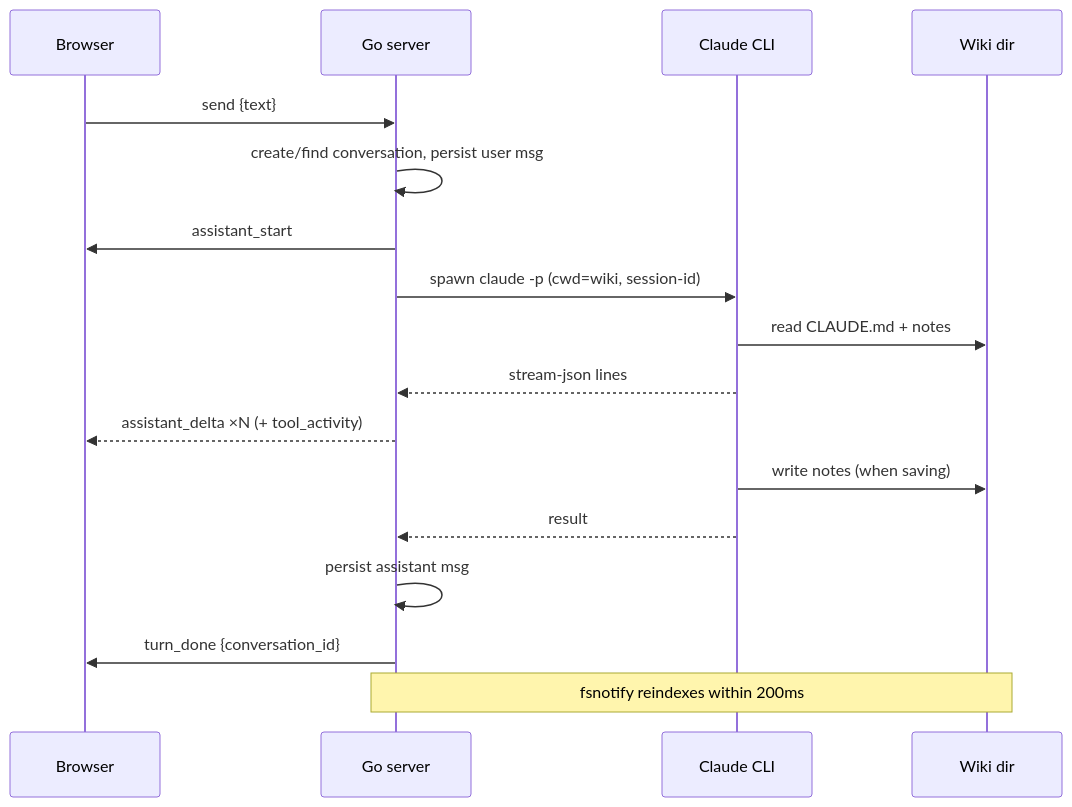
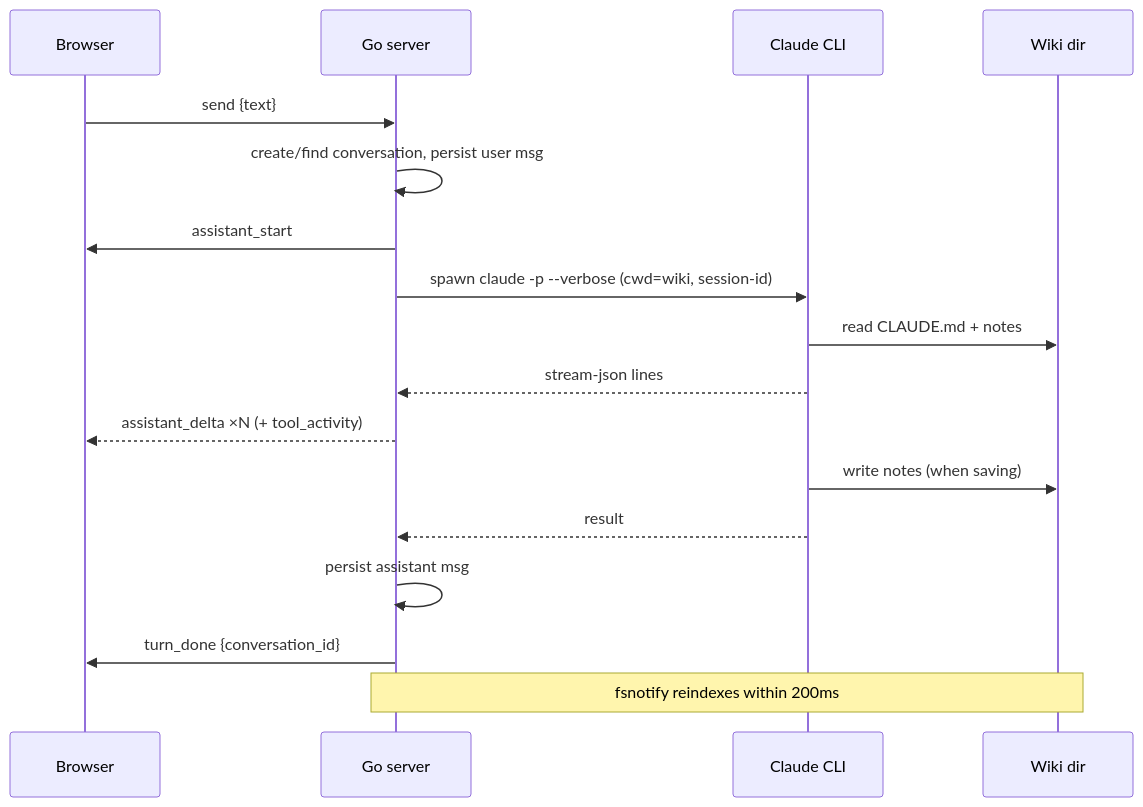
The diagram in docs/api.md (shiv-source/thoth), drawn with Mermaid before and after one commit. The commit also changed 8 other files, not shown here.

````diff
--- a/docs/api.md
+++ b/docs/api.md
@@ -32,20 +32,20 @@
 ```mermaid
 sequenceDiagram
     participant UI as Browser
     participant Go as Go server
     participant CC as Claude CLI
     participant W as Wiki dir
 
     UI->>Go: send {text}
     Go->>Go: create/find conversation, persist user msg
     Go->>UI: assistant_start
-    Go->>CC: spawn claude -p (cwd=wiki, session-id)
+    Go->>CC: spawn claude -p --verbose (cwd=wiki, session-id)
     CC->>W: read CLAUDE.md + notes
     CC-->>Go: stream-json lines
     Go-->>UI: assistant_delta ×N (+ tool_activity)
     CC->>W: write notes (when saving)
     CC-->>Go: result
     Go->>Go: persist assistant msg
     Go->>UI: turn_done {conversation_id}
     Note over W,Go: fsnotify reindexes within 200ms
 ```
````
